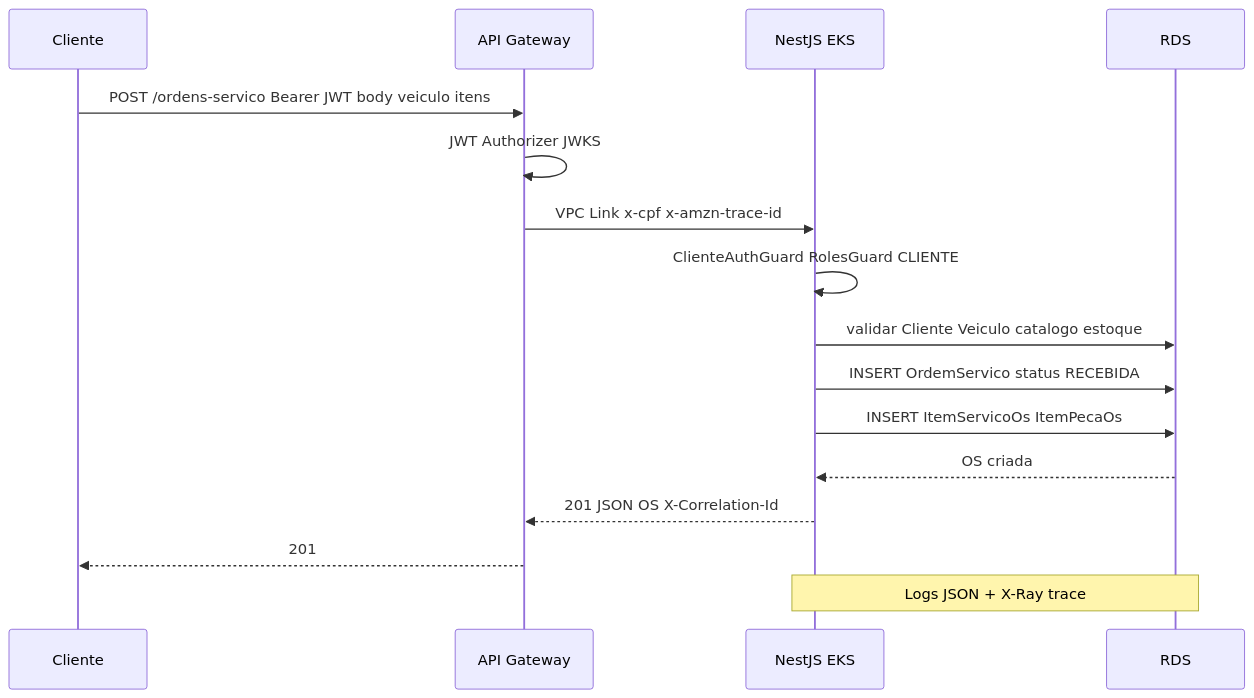
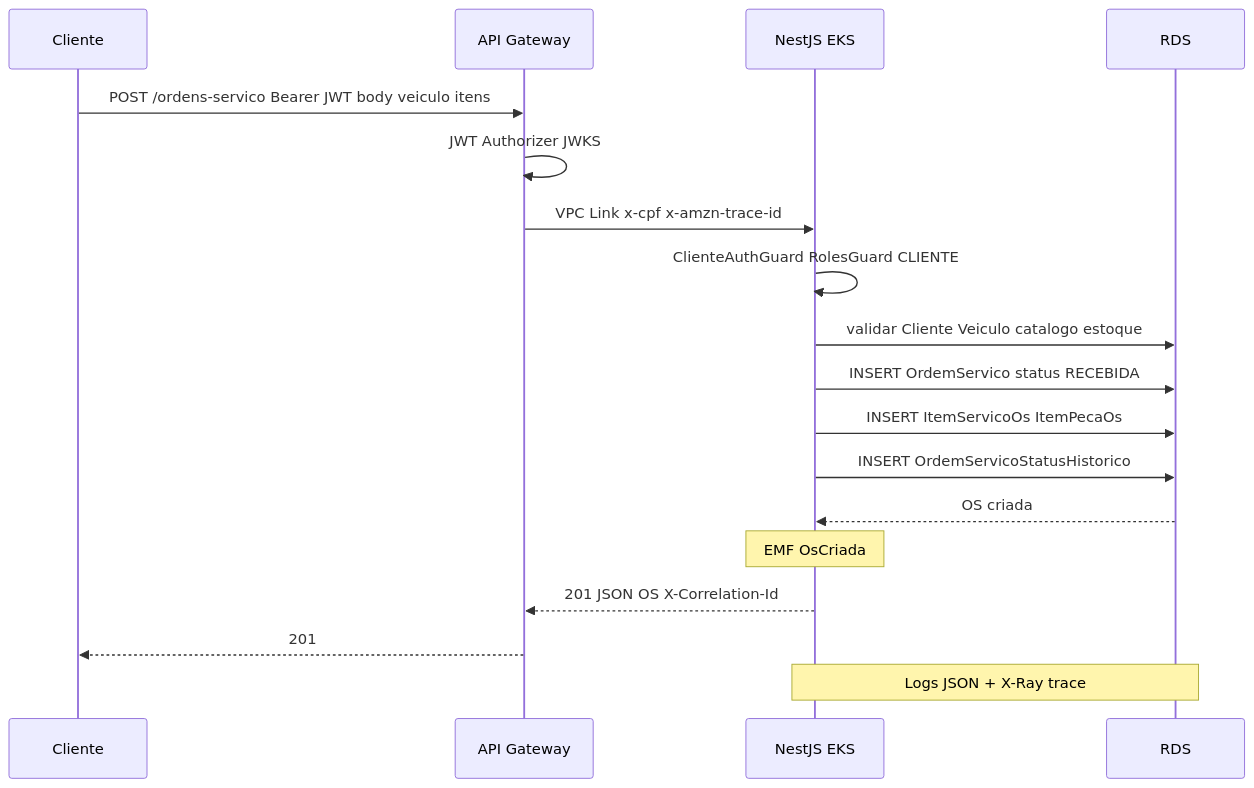
Before and after one commit to dinhogt/autoservicemanager-app: the third of 6 diagrams in docs/architecture/diagrams-fase3.md, drawn with Mermaid. The commit also changed other lines of this file and 50 other files, not shown here.

````diff
--- a/docs/architecture/diagrams-fase3.md
+++ b/docs/architecture/diagrams-fase3.md
@@ -95,18 +103,20 @@
 ```mermaid
 sequenceDiagram
   participant C as Cliente
   participant G as API Gateway
   participant A as NestJS EKS
   participant D as RDS
   C->>G: POST /ordens-servico Bearer JWT body veiculo itens
   G->>G: JWT Authorizer JWKS
   G->>A: VPC Link x-cpf x-amzn-trace-id
   A->>A: ClienteAuthGuard RolesGuard CLIENTE
   A->>D: validar Cliente Veiculo catalogo estoque
   A->>D: INSERT OrdemServico status RECEBIDA
   A->>D: INSERT ItemServicoOs ItemPecaOs
+  A->>D: INSERT OrdemServicoStatusHistorico
   D-->>A: OS criada
+  Note over A: EMF OsCriada
   A-->>G: 201 JSON OS X-Correlation-Id
   G-->>C: 201
   Note over A,D: Logs JSON + X-Ray trace
 ```
````
